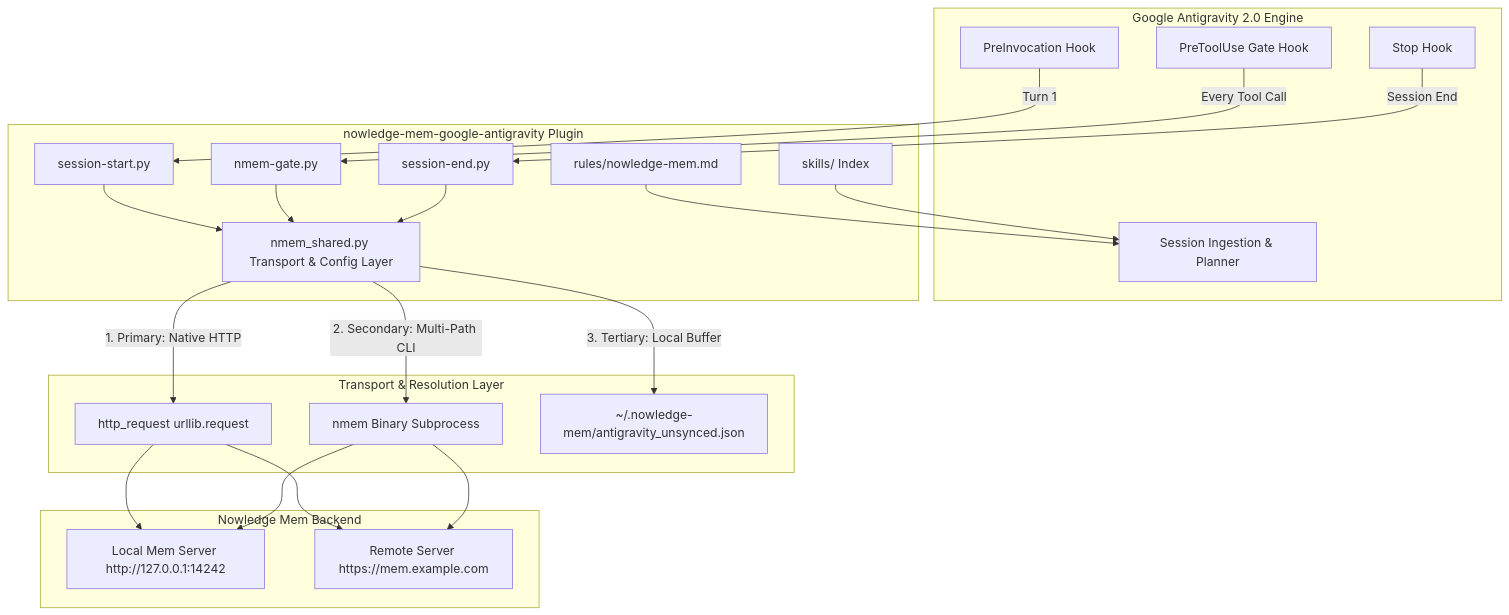
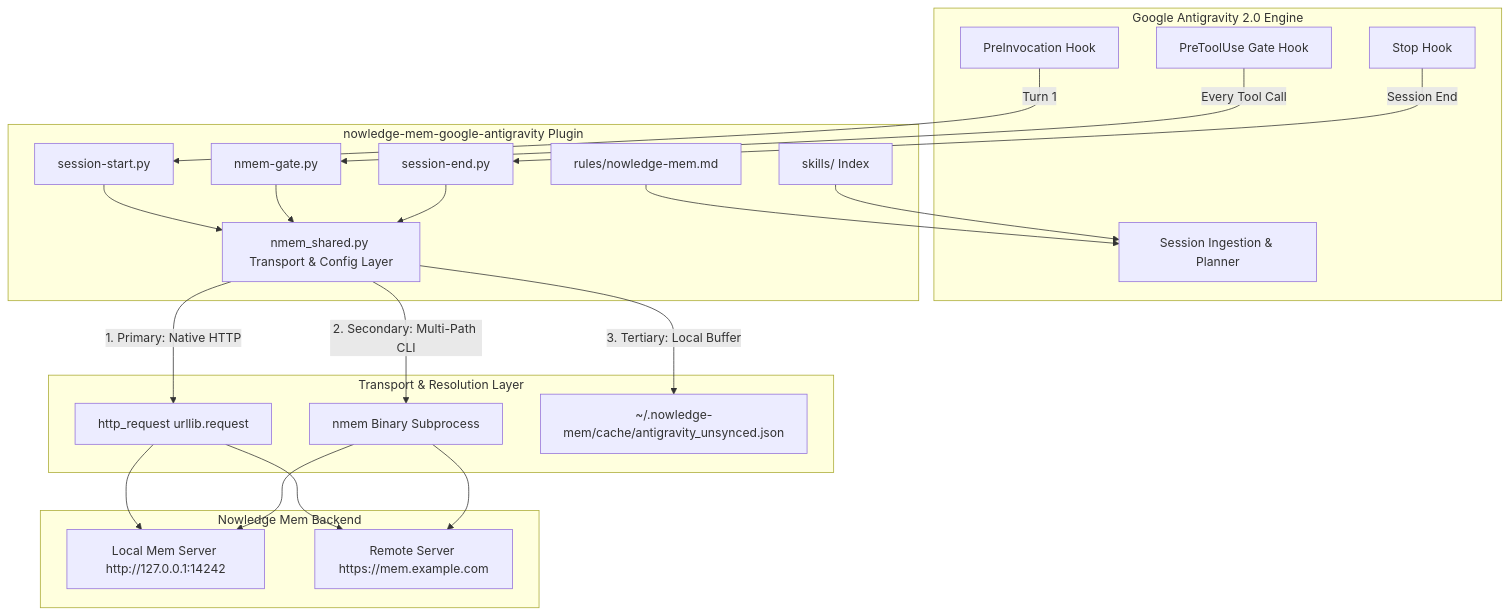
The first of 2 diagrams in ARCHITECTURE.md (nowledge-co/nowledge-mem-google-antigravity), drawn with Mermaid before and after one commit. The commit also changed other lines of this file and 5 other files, not shown here.

Commit message:
feat(hooks): migrate legacy unsynced queue to cache directory and discard old spaces cache

````diff
--- a/ARCHITECTURE.md
+++ b/ARCHITECTURE.md
@@ -11,31 +11,31 @@
 ```mermaid
 flowchart TD
     subgraph Antigravity Engine ["Google Antigravity 2.0 Engine"]
         A[Session Ingestion & Planner]
         B[PreInvocation Hook]
         C[PreToolUse Gate Hook]
         D[Stop Hook]
     end
 
     subgraph Plugin ["nowledge-mem-google-antigravity Plugin"]
         B -->|Turn 1| E[session-start.py]
         C -->|Every Tool Call| F[nmem-gate.py]
         D -->|Session End| G[session-end.py]
 
         E & F & G --> H[nmem_shared.py Transport & Config Layer]
 
         I[rules/nowledge-mem.md] --> A
         J[skills/ Index] --> A
     end
 
     subgraph Transport Layer ["Transport & Resolution Layer"]
         H -->|1. Primary: Native HTTP| K[http_request urllib.request]
         H -->|2. Secondary: Multi-Path CLI| L[nmem Binary Subprocess]
-        H -->|3. Tertiary: Local Buffer| M[~/.nowledge-mem/antigravity_unsynced.json]
+        H -->|3. Tertiary: Local Buffer| M[~/.nowledge-mem/cache/antigravity_unsynced.json]
     end
 
     subgraph Backend ["Nowledge Mem Backend"]
         K & L --> N[Local Mem Server http://127.0.0.1:14242]
         K & L --> O[Remote Server https://mem.example.com]
     end
 ```
````
